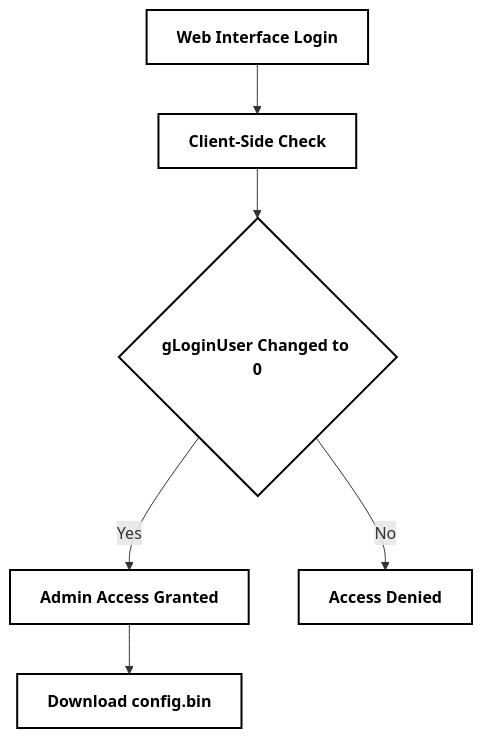
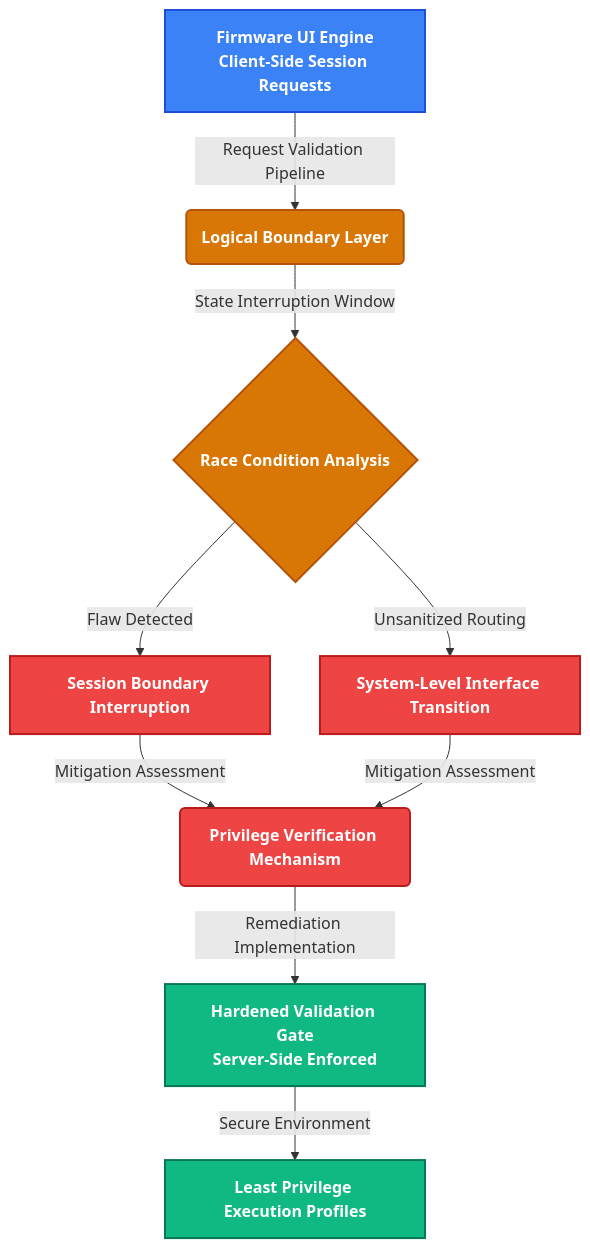
Before and after one commit to boutaba-motezeballah/fiberhome-privesc-0day: the diagram in README.md, drawn with Mermaid.

````diff
--- a/README.md
+++ b/README.md
@@ -19,15 +19,27 @@
 ```mermaid
 graph TD
-    A["<b style='color:#000000'>Web Interface Login</b>"] --> B["<b style='color:#000000'>Client-Side Check</b>"]
-    B --> C{"<b style='color:#000000'>gLoginUser Changed to 0</b>"}
-    C -->|Yes| D["<b style='color:#000000'>Admin Access Granted</b>"]
-    C -->|No| E["<b style='color:#000000'>Access Denied</b>"]
-    D --> F["<b style='color:#000000'>Download config.bin</b>"]
+    %% Base Styling
+    classDef default fill:#1f2937,stroke:#4b5563,stroke-width:2px,color:#f3f4f6;
+    classDef audit fill:#3b82f6,stroke:#1d4ed8,stroke-width:2px,color:#fff,font-weight:bold;
+    classDef logic fill:#d97706,stroke:#b45309,stroke-width:2px,color:#fff,font-weight:bold;
+    classDef secure fill:#10b981,stroke:#047857,stroke-width:2px,color:#fff,font-weight:bold;
+    classDef flaw fill:#ef4444,stroke:#b91c1c,stroke-width:2px,color:#fff,font-weight:bold;
 
-    style A fill:#ffffff,stroke:#000000,stroke-width:2px
-    style B fill:#ffffff,stroke:#000000,stroke-width:2px
-    style C fill:#ffffff,stroke:#000000,stroke-width:2px
-    style D fill:#ffffff,stroke:#000000,stroke-width:2px
-    style E fill:#ffffff,stroke:#000000,stroke-width:2px
-    style F fill:#ffffff,stroke:#000000,stroke-width:2px
+    A[Firmware UI Engine<br>Client-Side Session Requests] -->|Request Validation Pipeline| B(Logical Boundary Layer)
+    
+    B -->|State Interruption Window| C{Race Condition Analysis}
+    
+    C -->|Flaw Detected| D[Session Boundary Interruption]
+    C -->|Unsanitized Routing| E[System-Level Interface Transition]
+    
+    D & E -->|Mitigation Assessment| F(Privilege Verification Mechanism)
+    
+    F -->|Remediation Implementation| G[Hardened Validation Gate<br>Server-Side Enforced]
+    G -->|Secure Environment| H[Least Privilege Execution Profiles]
+
+    %% Applying Classes
+    class A audit;
+    class B,C logic;
+    class G,H secure;
+    class D,E,F flaw;
 ```
````
